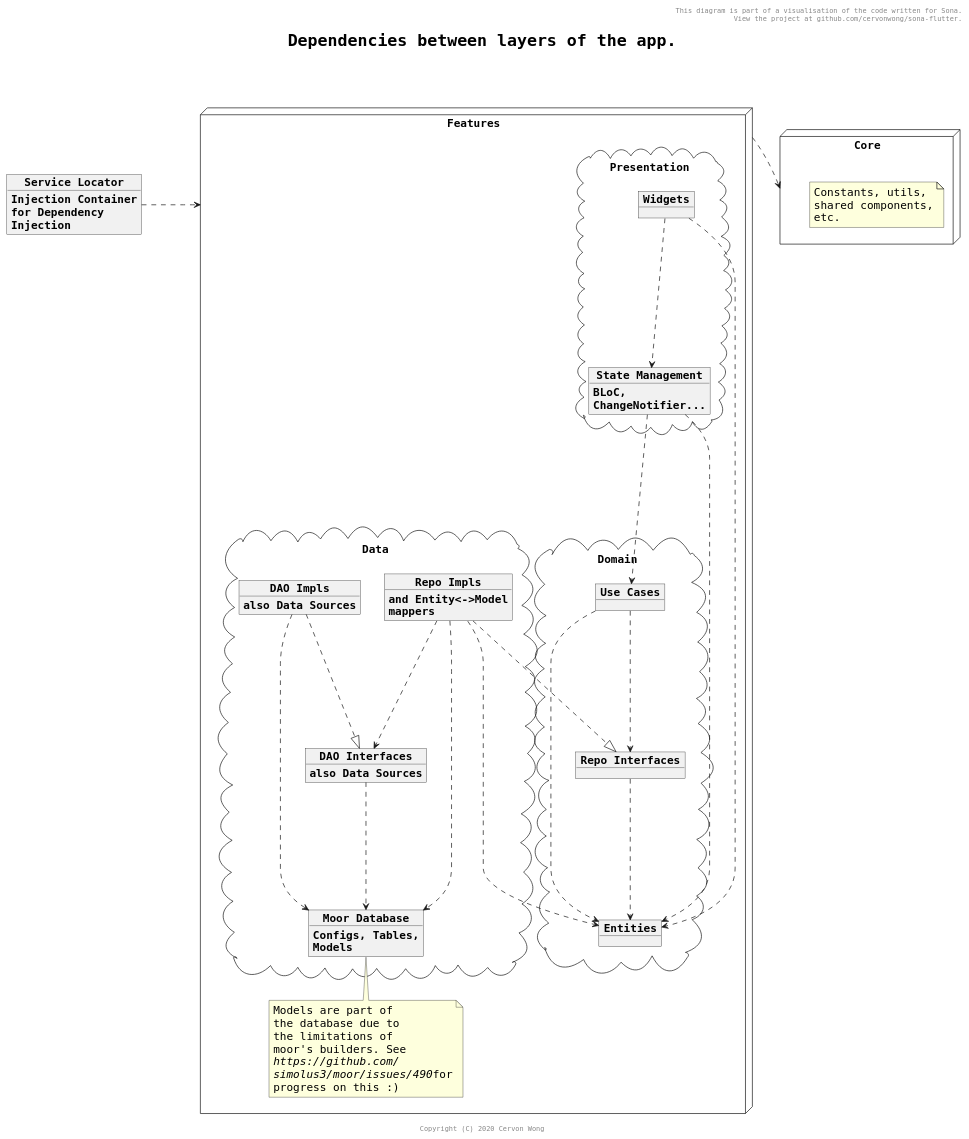
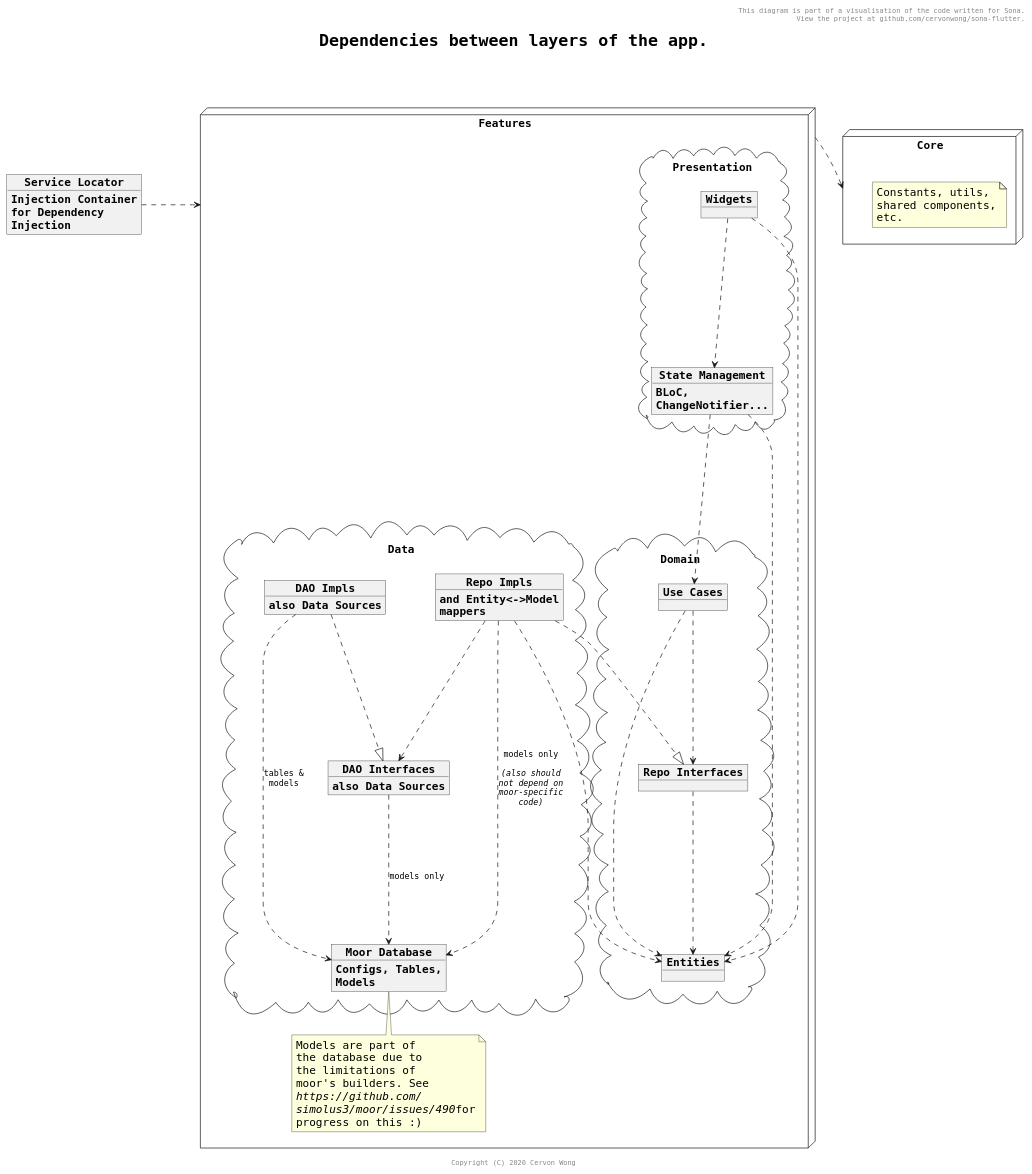
One commit to cervonwong/sona-flutter changed the diagram in puml/architecture_dependencies.puml. Above: the diagram before and after it, drawn with PlantUML. The commit also changed 1 other file, not shown here.

Commit message:
Docs(puml): Clarify specific dependency on moor database for future separation

```diff
--- a/puml/architecture_dependencies.puml
+++ b/puml/architecture_dependencies.puml
@@ -1,77 +1,77 @@
 @startuml
 
 skinparam wrapWidth 200
 skinparam maxMessageSize 100
 skinparam defaultFontName Monospaced
 skinparam defaultFontSize 16
 skinparam arrowFontSize 12
 skinparam objectFontStyle bold
 skinparam titleFontSize 24
 skinparam titleFontStyle bold
 skinparam shadowing false
 
 header This diagram is part of a visualisation of the code written for Sona.\n View the project at github.com/cervonwong/sona-flutter.
 title Dependencies between layers of the app.\n
 footer Copyright (C) 2020 Cervon Wong
 
 package Features <<Node>> {
 	package Presentation <<Cloud>> {
 		object "Widgets" as w
 		object "State Management" as s {
 			BLoC, ChangeNotifier...
 		}
 	}
 	
 	package Domain <<Cloud>> {
 		object "Use Cases" as u
 		object "Entities" as e
 		object "Repo Interfaces" as ir
 	}
 	
 	package Data <<Cloud>> {
 		object "Repo Impls" as ri {
 			and Entity<->Model mappers
 		}
 		object "DAO Impls" AS di {
 			also Data Sources
 		}
 		object "DAO Interfaces" as id {
 			also Data Sources
 		}
 		object "Moor Database" as db {
 			Configs, Tables, Models
 		}
 	}
 
 	note bottom of db
     	Models are part of the database due to the limitations of moor's builders. See <i>https://github.com/ simolus3/moor/issues/490</i>for progress on this :)
     end note
 }
 
 object "Service Locator" as sl {
 	Injection Container for Dependency Injection
 }
 
 package Core <<Node>> {
 	note "Constants, utils, shared components, etc." as n1
 }
 
 w  ....>  s
 w  ....>  e
 s  ....>  u
 s  ....>  e
 u  ....>  e
 u  ....>  ir
 ir ....>  e
 ri ....|> ir
 ri ....>  id
-ri ....>  db
+ri ....>  db : models only\n\n<i>(also should not depend on moor-specific code)
 ri ....>  e
-di ....>  db
+di ....>  db : tables & models
 di ....|> id
-id ....> db
+id ....>  db : models only
 
 sl .> Features : \t
 Features .> Core : \t
 
 @enduml
```
